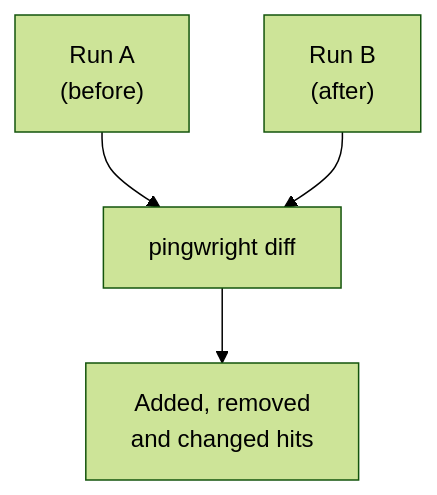
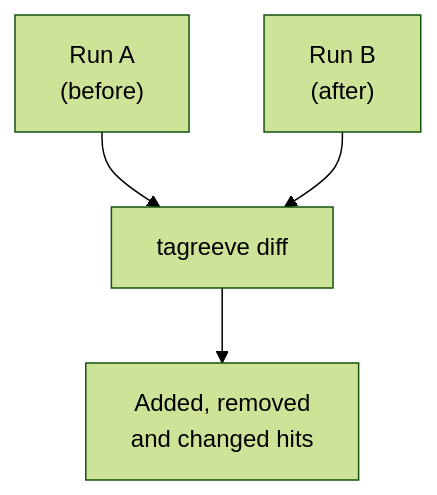
The second of 2 diagrams in docs/guide/reading-results.md (alfhen/pingwright), drawn with Mermaid (forest theme) before and after one commit. The commit also changed other lines of this file and 174 other files, not shown here.

First line of the commit message:
Rename Pingwright to Tagreeve

````diff
--- a/docs/guide/reading-results.md
+++ b/docs/guide/reading-results.md
@@ -99,6 +99,6 @@
 ```mermaid
 flowchart TB
-  a["Run A<br/>(before)"] --> d["pingwright diff"]
+  a["Run A<br/>(before)"] --> d["tagreeve diff"]
   b["Run B<br/>(after)"] --> d
   d --> r["Added, removed<br/>and changed hits"]
 ```
````
